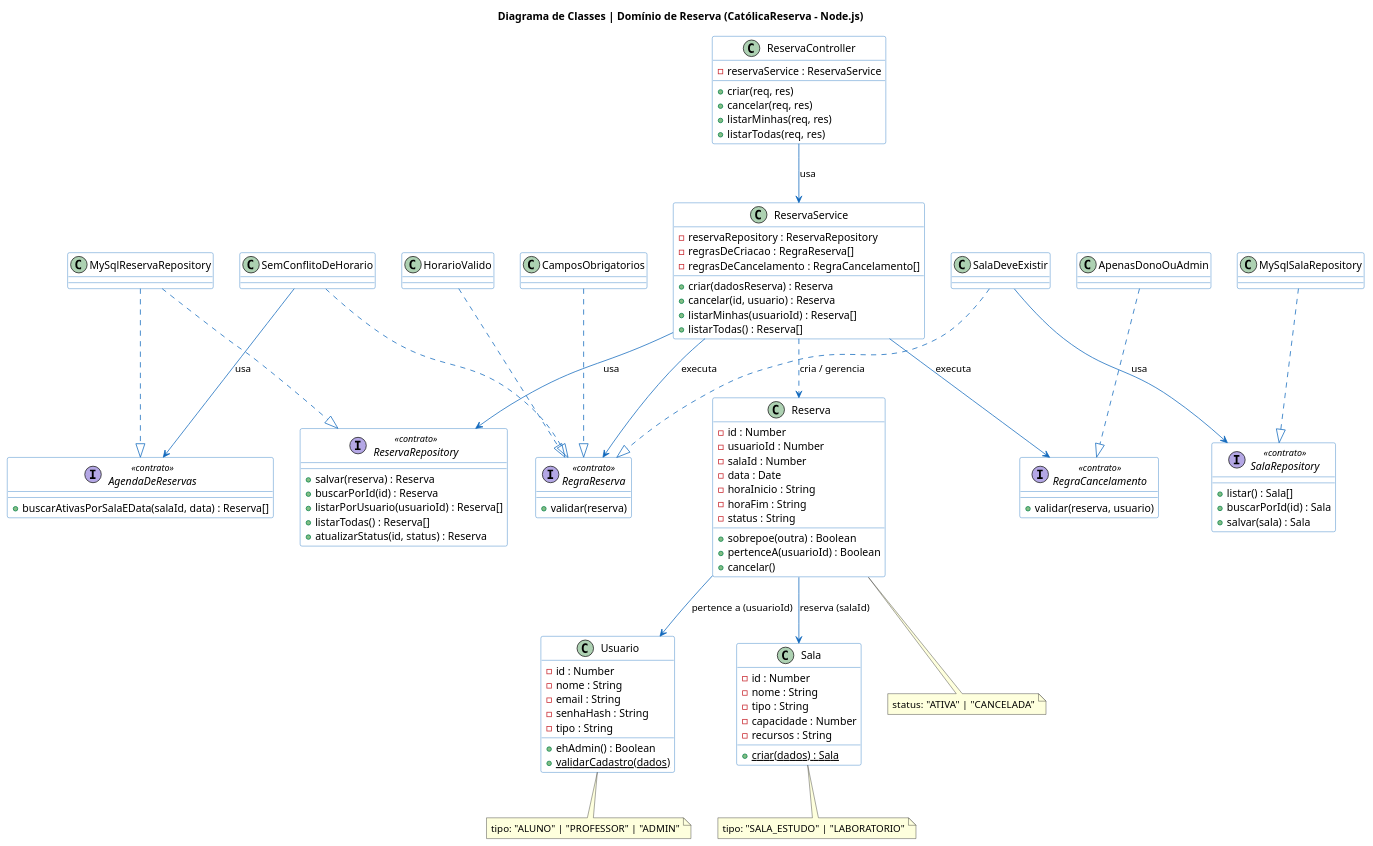
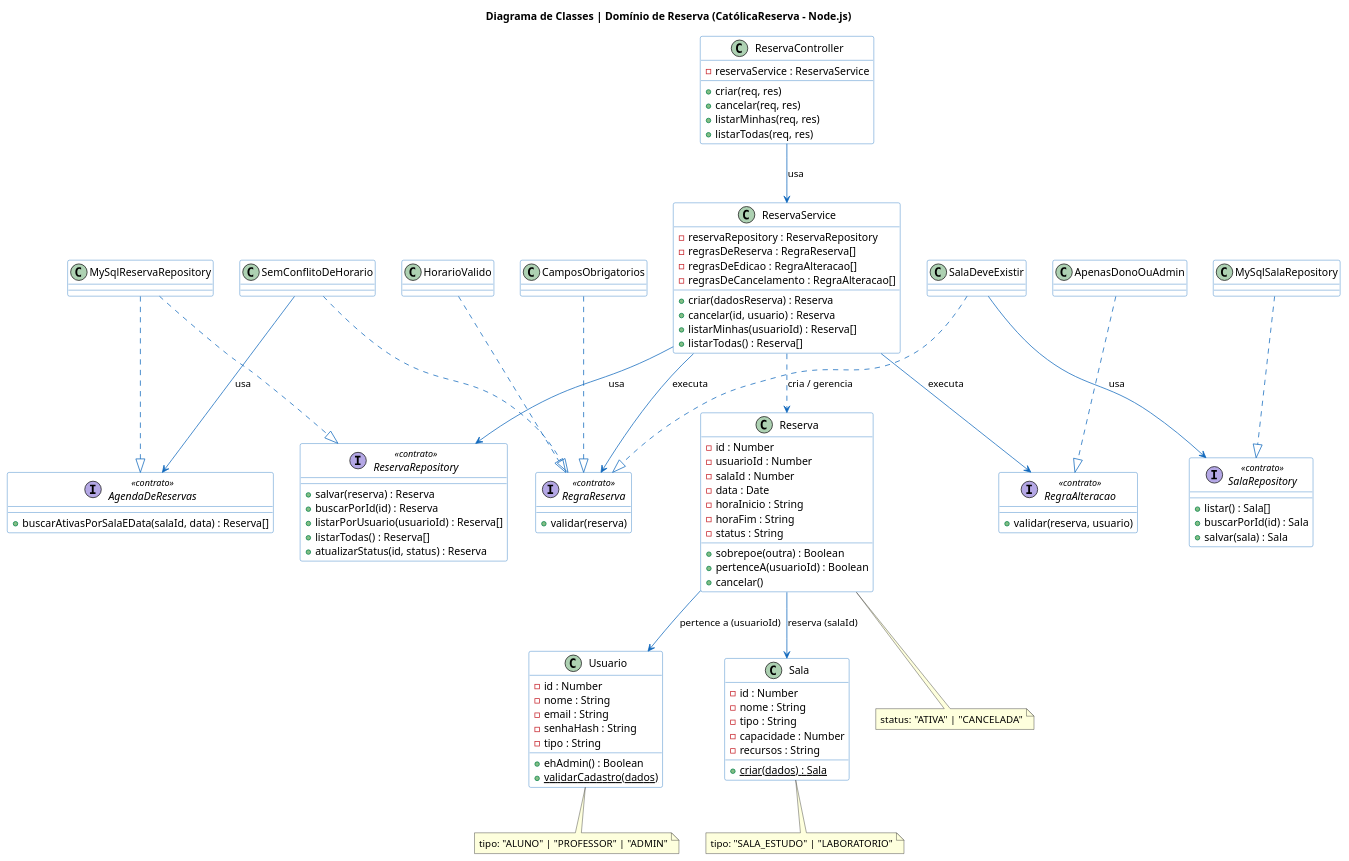
The diagram in documentacao/diagramas/diagrama_classes.puml (heric-77/CatolicaReserva), drawn with PlantUML before and after one commit. The commit also changed 66 other files, not shown here.

```diff
--- a/documentacao/diagramas/diagrama_classes.puml
+++ b/documentacao/diagramas/diagrama_classes.puml
@@ -1,129 +1,130 @@
 @startuml Diagrama_Classes
 skinparam handwritten false
 skinparam class {
     BackgroundColor #FFFFFF
     ArrowColor #1168BD
     BorderColor #1168BD
 }
 title Diagrama de Classes | Domínio de Reserva (CatólicaReserva - Node.js)
 
 class ReservaController {
     - reservaService : ReservaService
     + criar(req, res)
     + cancelar(req, res)
     + listarMinhas(req, res)
     + listarTodas(req, res)
 }
 
 class ReservaService {
     - reservaRepository : ReservaRepository
-    - regrasDeCriacao : RegraReserva[]
-    - regrasDeCancelamento : RegraCancelamento[]
+    - regrasDeReserva : RegraReserva[]
+    - regrasDeEdicao : RegraAlteracao[]
+    - regrasDeCancelamento : RegraAlteracao[]
     + criar(dadosReserva) : Reserva
     + cancelar(id, usuario) : Reserva
     + listarMinhas(usuarioId) : Reserva[]
     + listarTodas() : Reserva[]
 }
 
 interface ReservaRepository <<contrato>> {
     + salvar(reserva) : Reserva
     + buscarPorId(id) : Reserva
     + listarPorUsuario(usuarioId) : Reserva[]
     + listarTodas() : Reserva[]
     + atualizarStatus(id, status) : Reserva
 }
 
 interface AgendaDeReservas <<contrato>> {
     + buscarAtivasPorSalaEData(salaId, data) : Reserva[]
 }
 
 interface SalaRepository <<contrato>> {
     + listar() : Sala[]
     + buscarPorId(id) : Sala
     + salvar(sala) : Sala
 }
 
 interface RegraReserva <<contrato>> {
     + validar(reserva)
 }
 
-interface RegraCancelamento <<contrato>> {
+interface RegraAlteracao <<contrato>> {
     + validar(reserva, usuario)
 }
 
 class CamposObrigatorios
 class HorarioValido
 class SalaDeveExistir
 class SemConflitoDeHorario
 class ApenasDonoOuAdmin
 
 class MySqlReservaRepository
 class MySqlSalaRepository
 
 class Reserva {
     - id : Number
     - usuarioId : Number
     - salaId : Number
     - data : Date
     - horaInicio : String
     - horaFim : String
     - status : String
     + sobrepoe(outra) : Boolean
     + pertenceA(usuarioId) : Boolean
     + cancelar()
 }
 
 class Usuario {
     - id : Number
     - nome : String
     - email : String
     - senhaHash : String
     - tipo : String
     + ehAdmin() : Boolean
     + {static} validarCadastro(dados)
 }
 
 class Sala {
     - id : Number
     - nome : String
     - tipo : String
     - capacidade : Number
     - recursos : String
     + {static} criar(dados) : Sala
 }
 
 note bottom of Usuario
   tipo: "ALUNO" | "PROFESSOR" | "ADMIN"
 end note
 
 note bottom of Sala
   tipo: "SALA_ESTUDO" | "LABORATORIO"
 end note
 
 note bottom of Reserva
   status: "ATIVA" | "CANCELADA"
 end note
 
 ReservaController --> ReservaService : "usa"
 ReservaService --> ReservaRepository : "usa"
 ReservaService --> RegraReserva : "executa"
-ReservaService --> RegraCancelamento : "executa"
+ReservaService --> RegraAlteracao : "executa"
 ReservaService ..> Reserva : "cria / gerencia"
 
 CamposObrigatorios ..|> RegraReserva
 HorarioValido ..|> RegraReserva
 SalaDeveExistir ..|> RegraReserva
 SemConflitoDeHorario ..|> RegraReserva
-ApenasDonoOuAdmin ..|> RegraCancelamento
+ApenasDonoOuAdmin ..|> RegraAlteracao
 
 SalaDeveExistir --> SalaRepository : "usa"
 SemConflitoDeHorario --> AgendaDeReservas : "usa"
 
 MySqlReservaRepository ..|> ReservaRepository
 MySqlReservaRepository ..|> AgendaDeReservas
 MySqlSalaRepository ..|> SalaRepository
 
 Reserva --> Usuario : "pertence a (usuarioId)"
 Reserva --> Sala : "reserva (salaId)"
 
 @enduml
```
